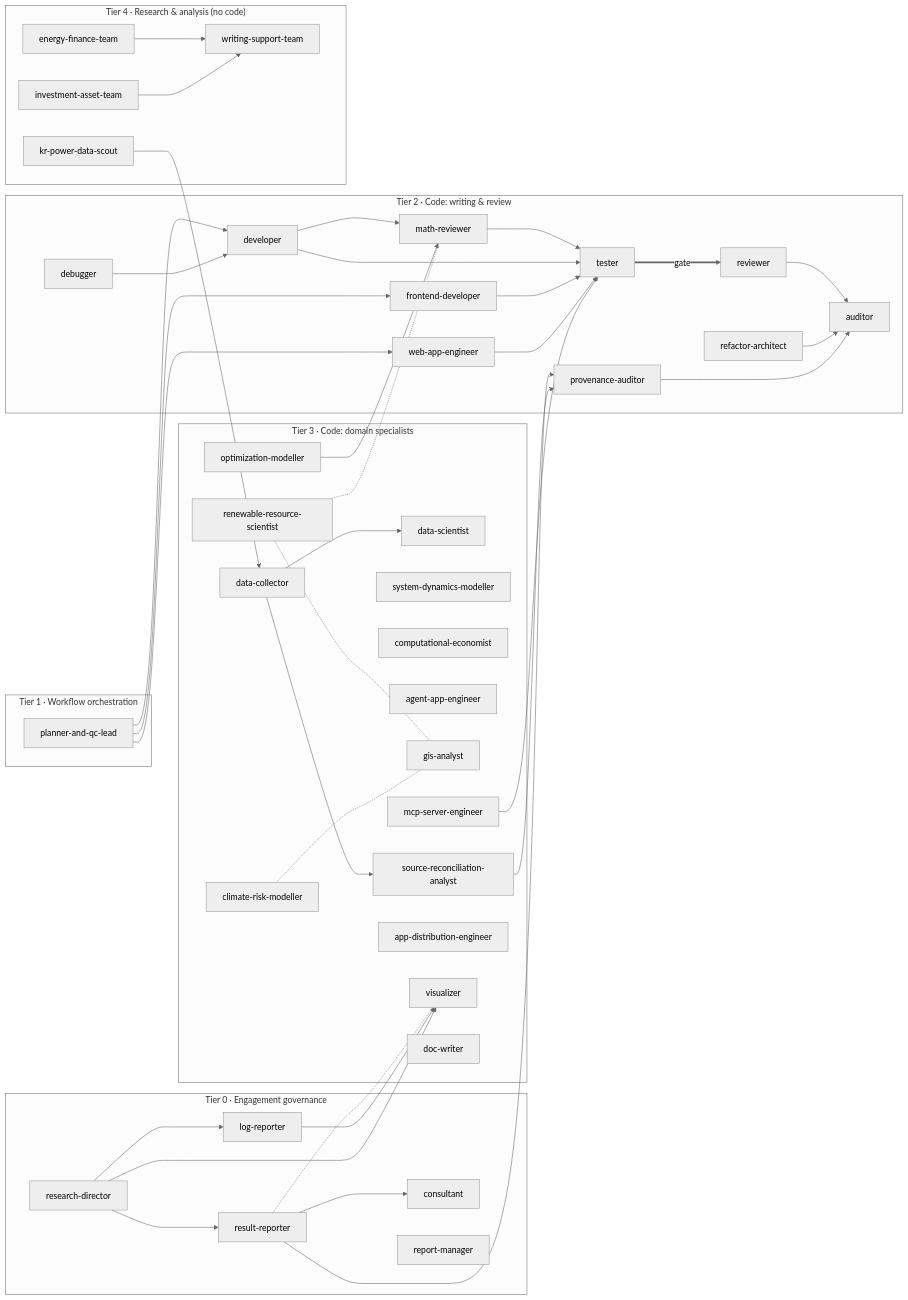
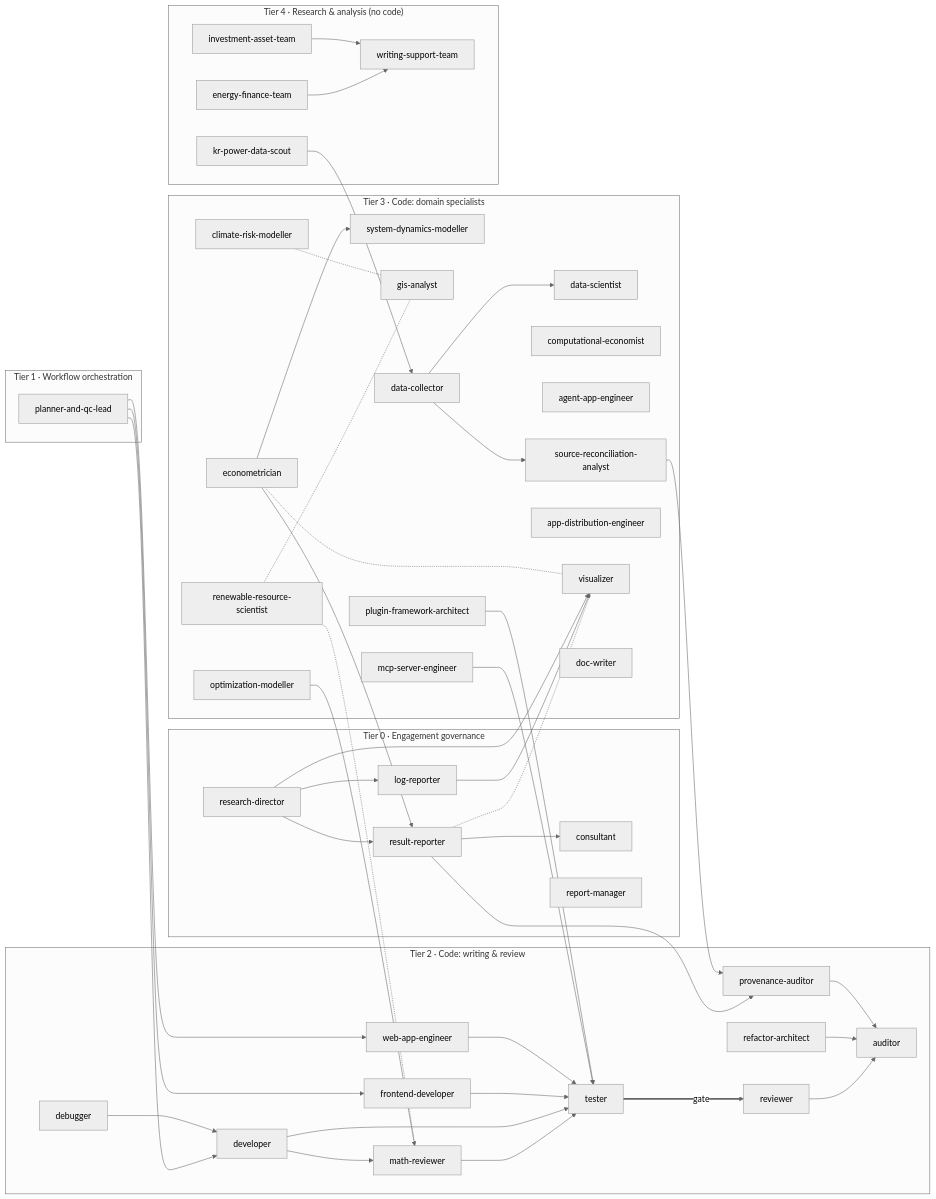
One commit to iam-hongsanghyun/claude-agents changed the first of 2 diagrams in agents/ONTOLOGY.md. Above: the diagram before and after it, drawn with Mermaid (neutral theme). The commit also changed other lines of this file and 12 other files, not shown here.

First line of the commit message:
feat(agents): econometrician + plugin-framework-architect from a portfolio review

```diff
--- a/agents/ONTOLOGY.md
+++ b/agents/ONTOLOGY.md
@@ -58,6 +58,7 @@
   end
   subgraph T3["Tier 3 &middot; Code: domain specialists"]
     data_scientist["data-scientist"]
+    econometrician["econometrician"]
     optimization_modeller["optimization-modeller"]
     system_dynamics_modeller["system-dynamics-modeller"]
     computational_economist["computational-economist"]
@@ -68,6 +69,7 @@
     data_collector["data-collector"]
     source_reconciliation_analyst["source-reconciliation-analyst"]
     mcp_server_engineer["mcp-server-engineer"]
+    plugin_framework_architect["plugin-framework-architect"]
     app_distribution_engineer["app-distribution-engineer"]
     visualizer["visualizer"]
     doc_writer["doc-writer"]
@@ -99,6 +101,10 @@
   reviewer --> auditor
   debugger --> developer
   refactor_architect --> auditor
+  plugin_framework_architect --> tester
+  econometrician --> system_dynamics_modeller
+  econometrician -.- visualizer
+  econometrician --> result_reporter
   renewable_resource_scientist -.- gis_analyst
   renewable_resource_scientist -.- math_reviewer
   climate_risk_modeller -.- gis_analyst
```
